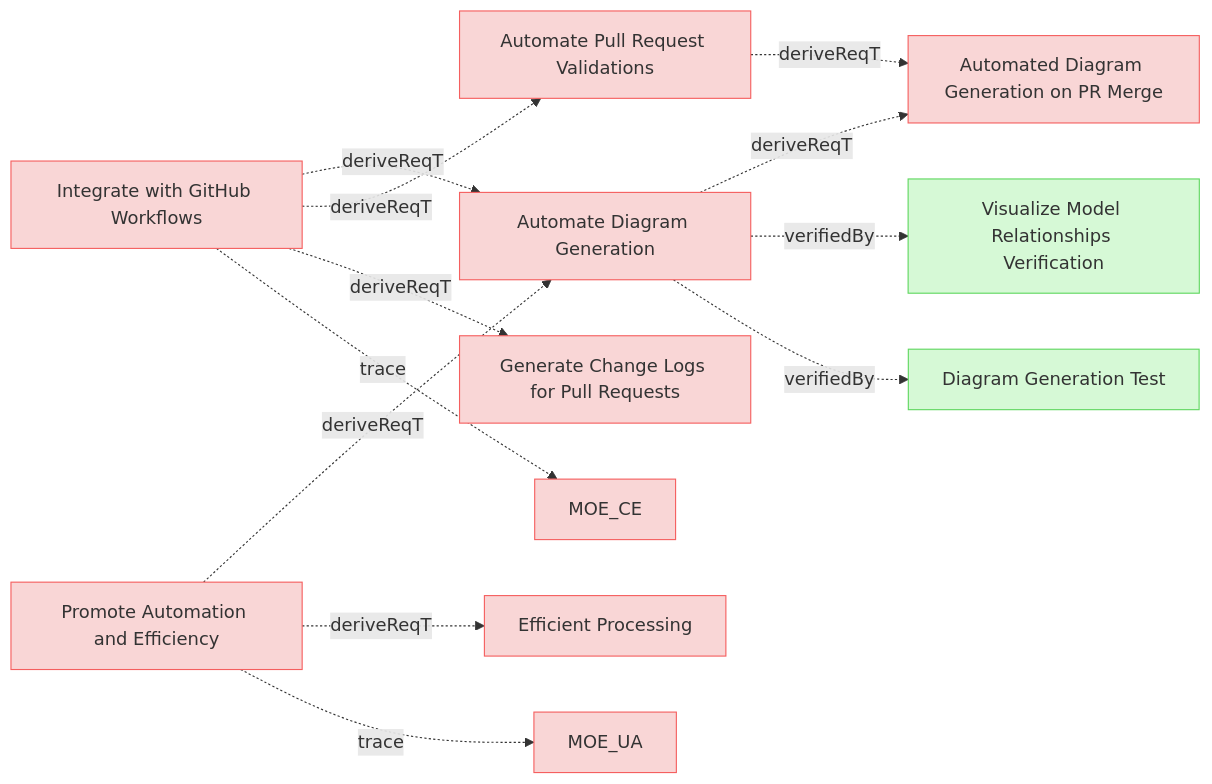
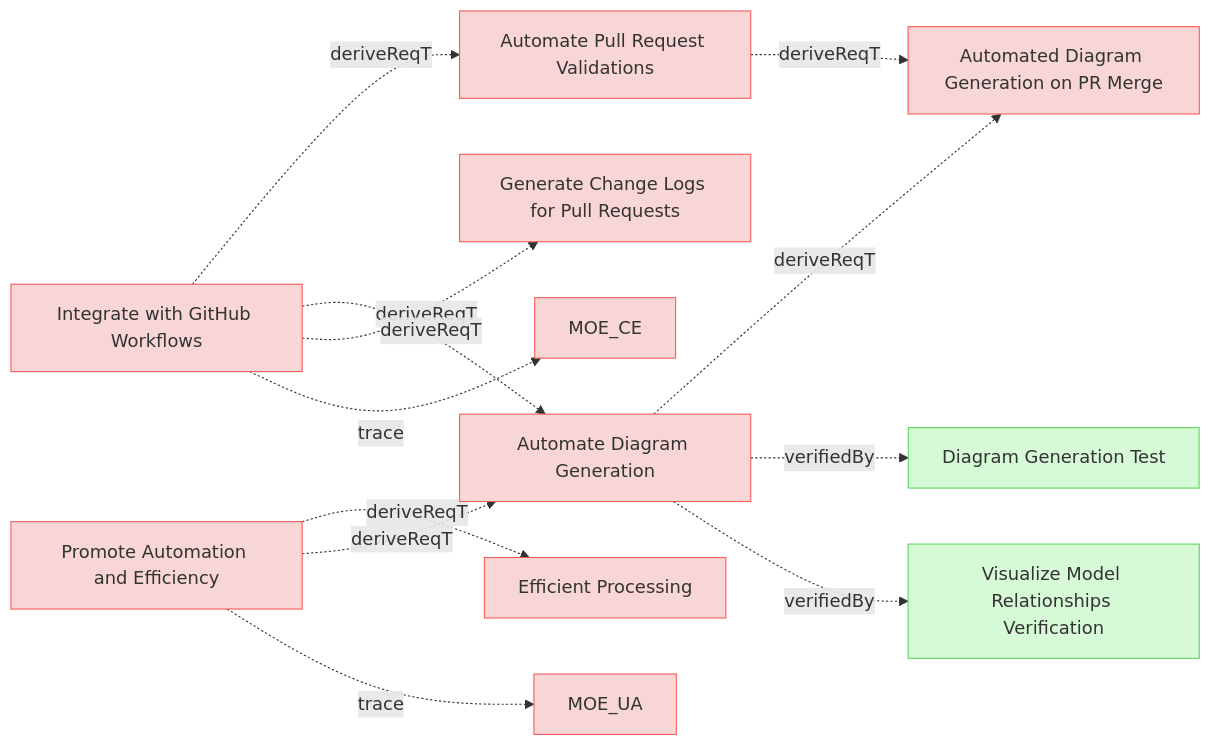
The fourth of 9 diagrams in specifications/UserRequirements.md (reqvire-org/reqvire), drawn with Mermaid before and after one commit. The commit also changed other lines of this file and 31 other files, not shown here.

````diff
--- a/specifications/UserRequirements.md
+++ b/specifications/UserRequirements.md
@@ -502,54 +502,54 @@
 ```mermaid
 graph LR;
   %% REQVIRE-AUTOGENERATED-DIAGRAM
   %% Graph styling
   classDef requirement fill:#f9d6d6,stroke:#f55f5f,stroke-width:1px;
   classDef verification fill:#d6f9d6,stroke:#5fd75f,stroke-width:1px;
   classDef externalLink fill:#d0e0ff,stroke:#3080ff,stroke-width:1px;
   classDef default fill:#f5f5f5,stroke:#333333,stroke-width:1px;
 
   672b444a568468b8["Generate Change Logs for Pull Requests"];
   class 672b444a568468b8 requirement;
   click 672b444a568468b8 "UserRequirements.md#generate-change-logs-for-pull-requests";
-  15f2f511b2399406["Automate Pull Request Validations"];
-  class 15f2f511b2399406 requirement;
-  click 15f2f511b2399406 "UserRequirements.md#automate-pull-request-validations";
-  3e3df7ad427a88fa["Automated Diagram Generation on PR Merge"];
-  class 3e3df7ad427a88fa requirement;
-  click 3e3df7ad427a88fa "SystemRequirements/Requirements.md#automated-diagram-generation-on-pr-merge";
-  15f2f511b2399406 -.->|deriveReqT| 3e3df7ad427a88fa;
   98a581084d5542fa["Automate Diagram Generation"];
   class 98a581084d5542fa requirement;
   click 98a581084d5542fa "UserRequirements.md#automate-diagram-generation";
+  de8ab093f22a5cd7["Visualize Model Relationships Verification"];
+  class de8ab093f22a5cd7 verification;
+  click de8ab093f22a5cd7 "Verifications/DiagramsTests.md#visualize-model-relationships-verification";
+  98a581084d5542fa -.->|verifiedBy| de8ab093f22a5cd7;
   2d2cf67bb8070da8["Diagram Generation Test"];
   class 2d2cf67bb8070da8 verification;
   click 2d2cf67bb8070da8 "Verifications/DiagramsTests.md#diagram-generation-test";
   98a581084d5542fa -.->|verifiedBy| 2d2cf67bb8070da8;
-  de8ab093f22a5cd7["Visualize Model Relationships Verification"];
-  class de8ab093f22a5cd7 verification;
-  click de8ab093f22a5cd7 "Verifications/DiagramsTests.md#visualize-model-relationships-verification";
-  98a581084d5542fa -.->|verifiedBy| de8ab093f22a5cd7;
+  3e3df7ad427a88fa["Automated Diagram Generation on PR Merge"];
+  class 3e3df7ad427a88fa requirement;
+  click 3e3df7ad427a88fa "SystemRequirements/Requirements.md#automated-diagram-generation-on-pr-merge";
   98a581084d5542fa -.->|deriveReqT| 3e3df7ad427a88fa;
+  15f2f511b2399406["Automate Pull Request Validations"];
+  class 15f2f511b2399406 requirement;
+  click 15f2f511b2399406 "UserRequirements.md#automate-pull-request-validations";
+  15f2f511b2399406 -.->|deriveReqT| 3e3df7ad427a88fa;
   80166c5161b33956["Promote Automation and Efficiency"];
   class 80166c5161b33956 requirement;
   click 80166c5161b33956 "MissionRequirements.md#promote-automation-and-efficiency";
   2c5f30f14e792200["MOE_UA"];
   class 2c5f30f14e792200 requirement;
   click 2c5f30f14e792200 "MOEs.md#moe_ua";
   80166c5161b33956 -.->|trace| 2c5f30f14e792200;
+  80166c5161b33956 -.->|deriveReqT| 98a581084d5542fa;
   d193d11c43776bec["Efficient Processing"];
   class d193d11c43776bec requirement;
   click d193d11c43776bec "ManagingMbseModelsRequirements.md#efficient-processing";
   80166c5161b33956 -.->|deriveReqT| d193d11c43776bec;
-  80166c5161b33956 -.->|deriveReqT| 98a581084d5542fa;
   98eaeddc27f99e11["Integrate with GitHub Workflows"];
   class 98eaeddc27f99e11 requirement;
   click 98eaeddc27f99e11 "UserStories.md#integrate-with-github-workflows";
   e9ad540a6411a0fc["MOE_CE"];
   class e9ad540a6411a0fc requirement;
   click e9ad540a6411a0fc "MOEs.md#moe_ce";
   98eaeddc27f99e11 -.->|trace| e9ad540a6411a0fc;
   98eaeddc27f99e11 -.->|deriveReqT| 672b444a568468b8;
+  98eaeddc27f99e11 -.->|deriveReqT| 98a581084d5542fa;
   98eaeddc27f99e11 -.->|deriveReqT| 15f2f511b2399406;
-  98eaeddc27f99e11 -.->|deriveReqT| 98a581084d5542fa;
 ```
````
